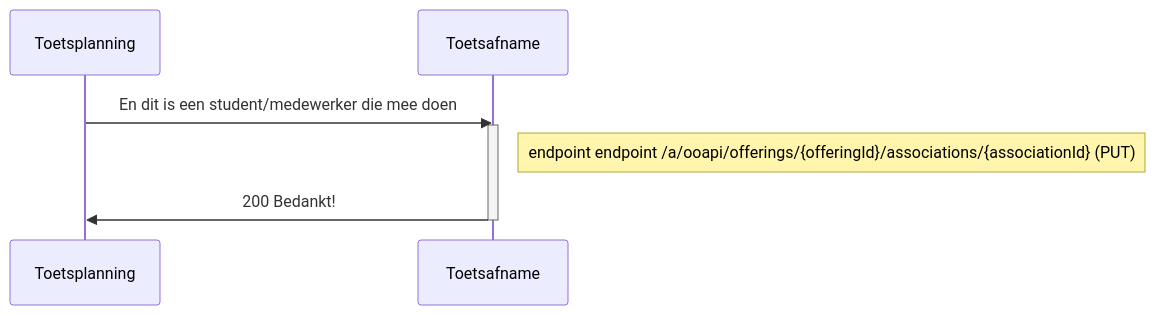
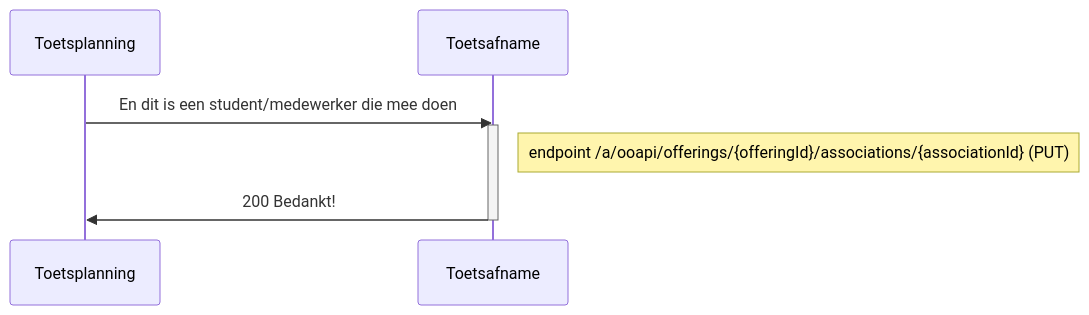
Before and after one commit to NetwerkExamineringDigitalisering/NED-OOAPI: the fifth of 8 diagrams in doc/flow2.md, drawn with Mermaid.

````diff
--- a/doc/flow2.md
+++ b/doc/flow2.md
@@ -229,8 +229,8 @@
 ```mermaid
 sequenceDiagram
     Toetsplanning->>Toetsafname: En dit is een  student/medewerker die mee doen
     activate Toetsafname
-    Note right of Toetsafname: endpoint endpoint /a/ooapi/offerings/{offeringId}/associations/{associationId} (PUT)
+    Note right of Toetsafname: endpoint /a/ooapi/offerings/{offeringId}/associations/{associationId} (PUT)
     Toetsafname->>Toetsplanning: 200 Bedankt!
     deactivate Toetsafname
 ```
````
